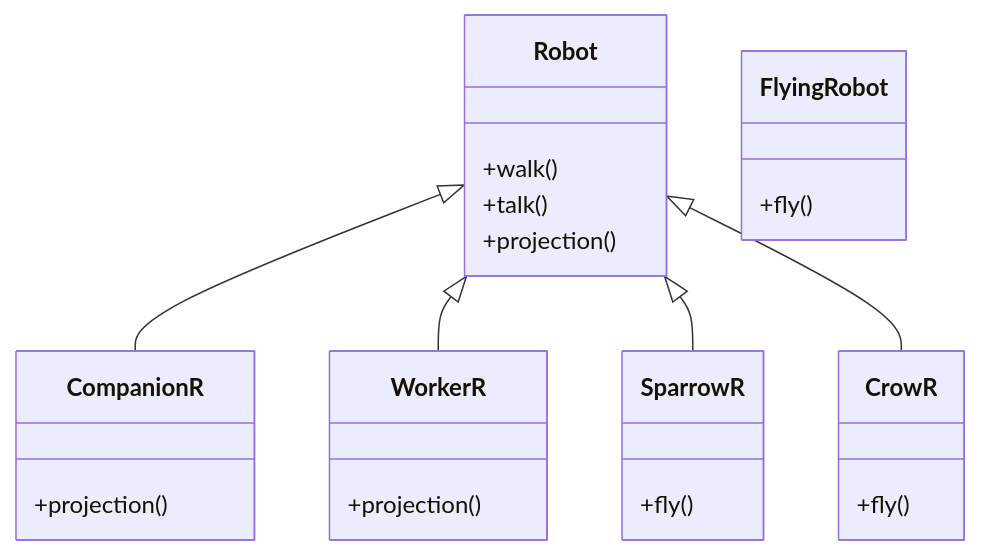
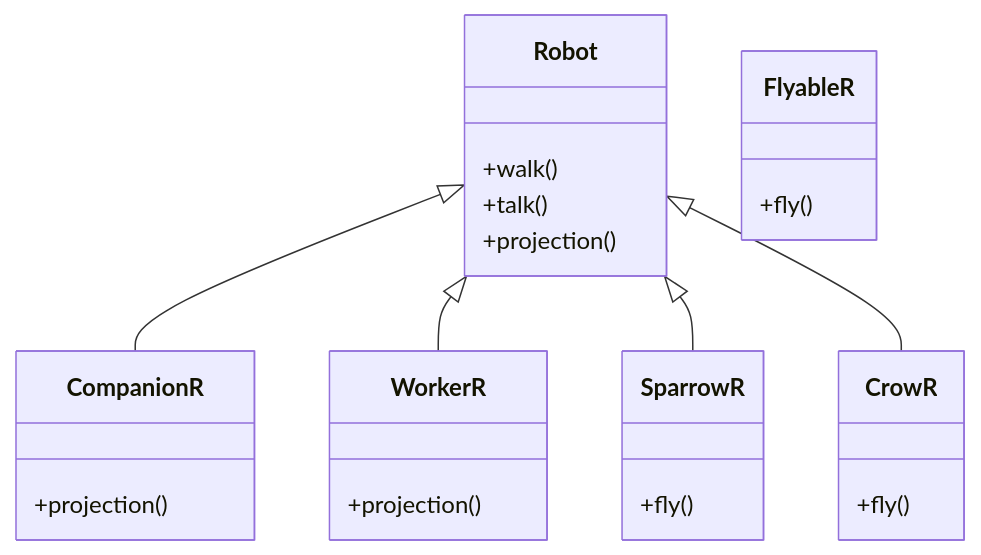
The third of 5 diagrams in Design Patterns/Strategy-Pattern/Strategy-Pattern.md (bikash138/Low-Level-Design), drawn with Mermaid before and after one commit. The commit also changed other lines of this file, not shown here.

````diff
--- a/Design Patterns/Strategy-Pattern/Strategy-Pattern.md
+++ b/Design Patterns/Strategy-Pattern/Strategy-Pattern.md
@@ -78,33 +79,33 @@
 ```mermaid
 classDiagram
     class Robot {
         +walk()
         +talk()
         +projection()
     }
 
     class CompanionR {
         +projection()
     }
 
     class WorkerR {
         +projection()
     }
 
-    class FlyingRobot {
+    class FlyableR {
         +fly()
     }
 
     class SparrowR {
         +fly()
     }
 
     class CrowR {
         +fly()
     }
 
     Robot <|-- CompanionR
     Robot <|-- WorkerR
     Robot <|-- SparrowR
     Robot <|-- CrowR
 ```
````
